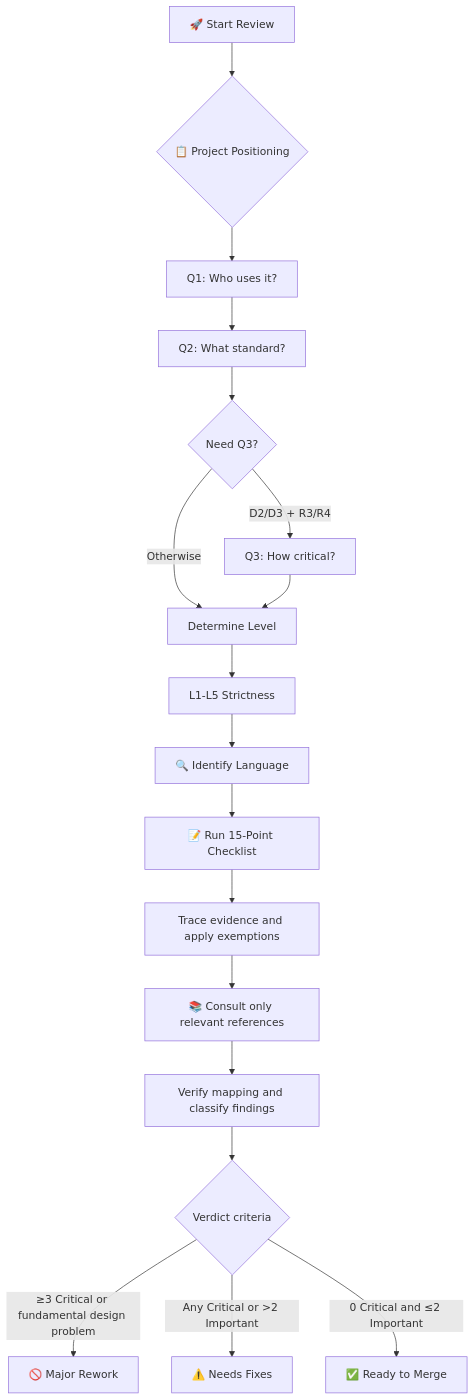
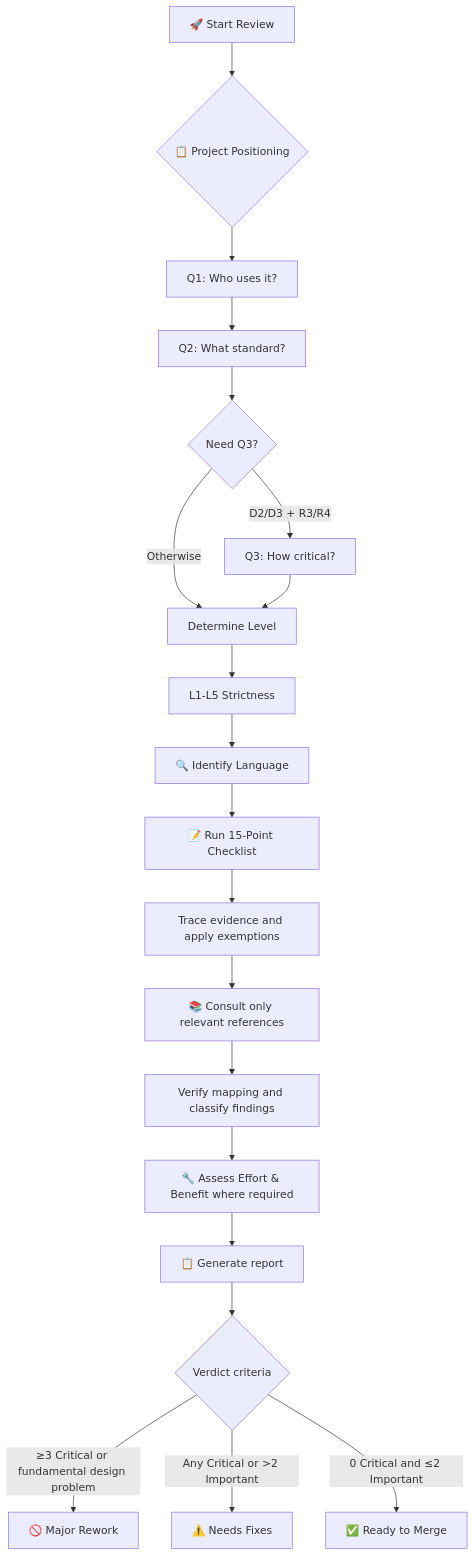
Before and after one commit to R-jed/clean-code-reviewer: the diagram in skills/clean-code-reviewer/docs/features.md, drawn with Mermaid.

Commit message:
docs: restore full review flow in feature diagram

````diff
--- a/skills/clean-code-reviewer/docs/features.md
+++ b/skills/clean-code-reviewer/docs/features.md
@@ -137,23 +137,25 @@
 ```mermaid
 flowchart TD
     A[🚀 Start Review] --> B{📋 Project Positioning}
     B --> C[Q1: Who uses it?]
     C --> D[Q2: What standard?]
     D --> E{Need Q3?}
 
     E -->|D2/D3 + R3/R4| F[Q3: How critical?]
     E -->|Otherwise| G[Determine Level]
     F --> G
 
     G --> H[L1-L5 Strictness]
     H --> I[🔍 Identify Language]
     I --> J[📝 Run 15-Point Checklist]
     J --> K[Trace evidence and apply exemptions]
     K --> L[📚 Consult only relevant references]
     L --> M[Verify mapping and classify findings]
-    M --> N{Verdict criteria}
+    M --> N[🔧 Assess Effort & Benefit where required]
+    N --> O[📋 Generate report]
+    O --> P{Verdict criteria}
 
-    N -->|≥3 Critical or fundamental design problem| O[🚫 Major Rework]
-    N -->|Any Critical or >2 Important| P[⚠️ Needs Fixes]
-    N -->|0 Critical and ≤2 Important| Q[✅ Ready to Merge]
+    P -->|≥3 Critical or fundamental design problem| Q[🚫 Major Rework]
+    P -->|Any Critical or >2 Important| R[⚠️ Needs Fixes]
+    P -->|0 Critical and ≤2 Important| S[✅ Ready to Merge]
 ```
````
